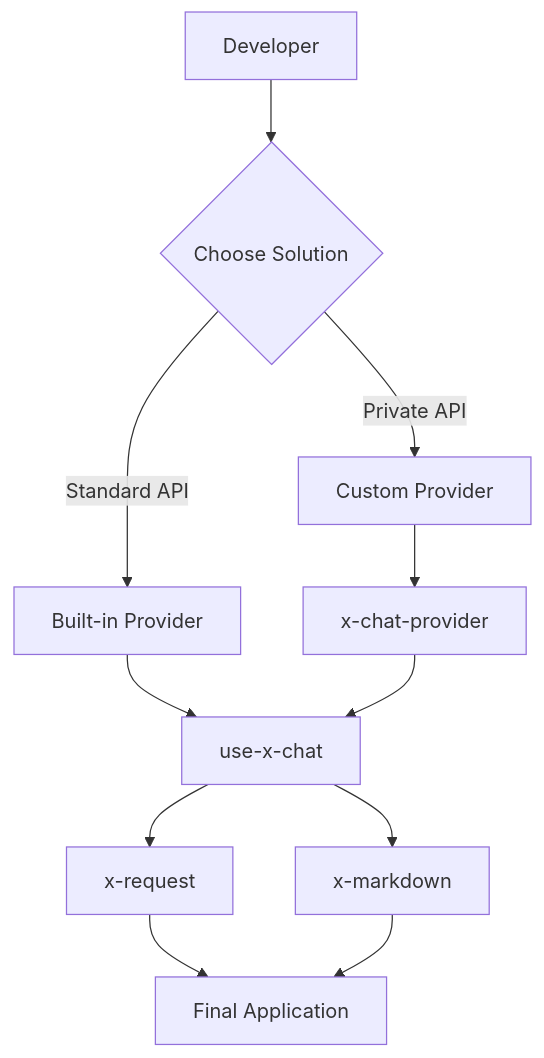
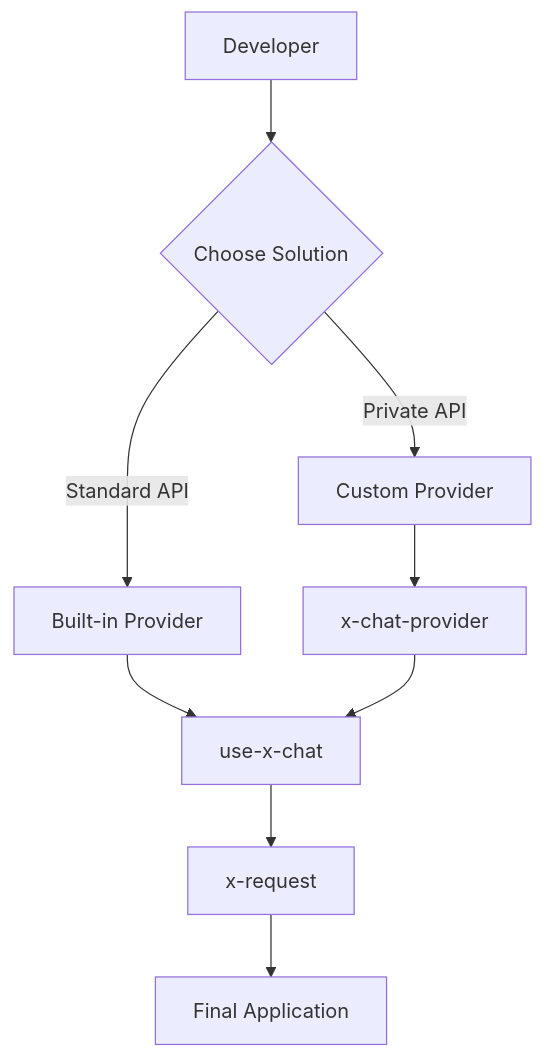
Before and after one commit to ant-design/x: the fourth of 7 diagrams in packages/x-skill/skills/x-chat-provider/SKILL.md, drawn with Mermaid. The commit also changed other lines of this file and 5 other files, not shown here.

````diff
--- a/packages/x-skill/skills/x-chat-provider/SKILL.md
+++ b/packages/x-skill/skills/x-chat-provider/SKILL.md
@@ -358,16 +357,14 @@
 ```mermaid
 graph TD
     User[Developer] --> A{Choose Solution}
 
     A -->|Standard API| B[Built-in Provider]
     A -->|Private API| C[Custom Provider]
 
     B --> D[use-x-chat]
     C --> E[x-chat-provider]
     E --> D
 
     D --> F[x-request]
-    D --> G[x-markdown]
-    F --> H[Final Application]
-    G --> H
+    F --> G[Final Application]
 ```
````
